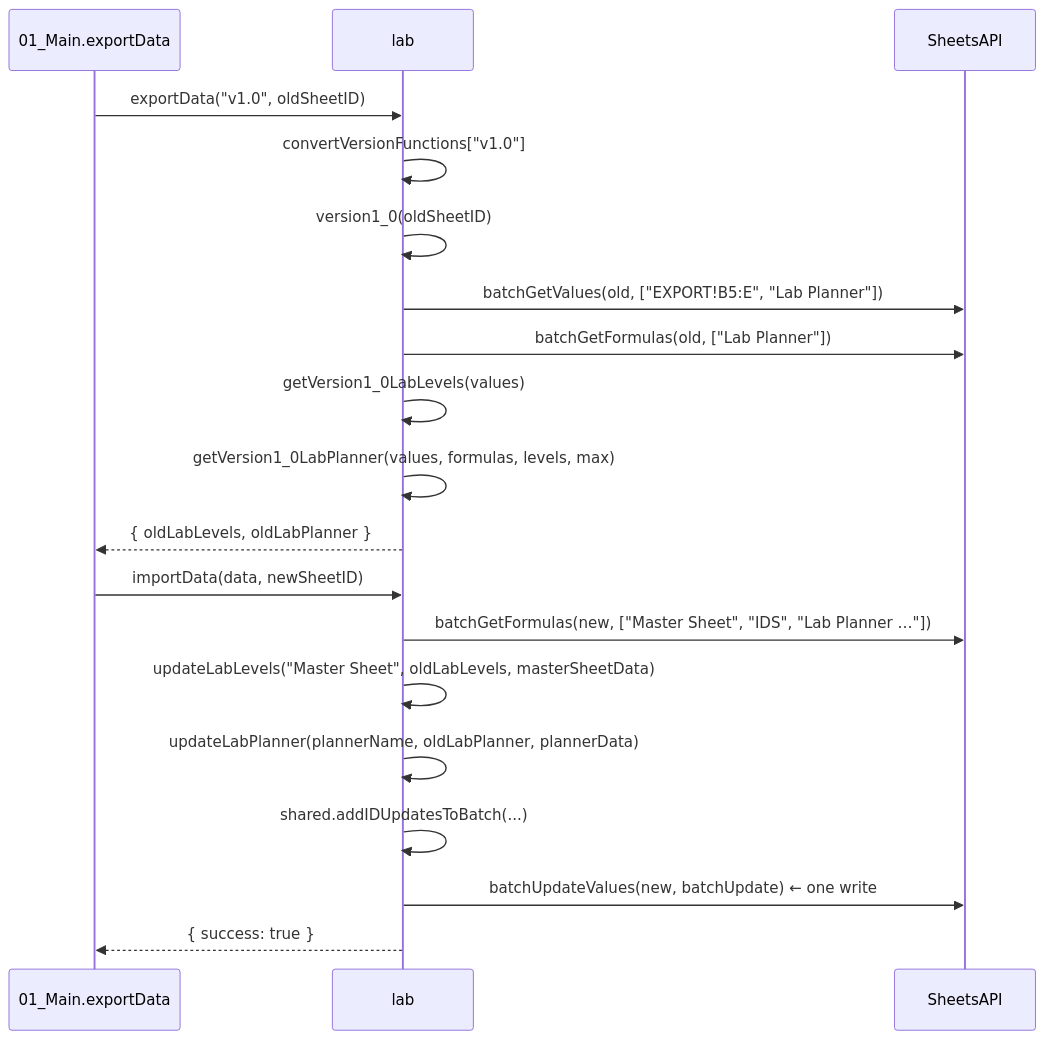
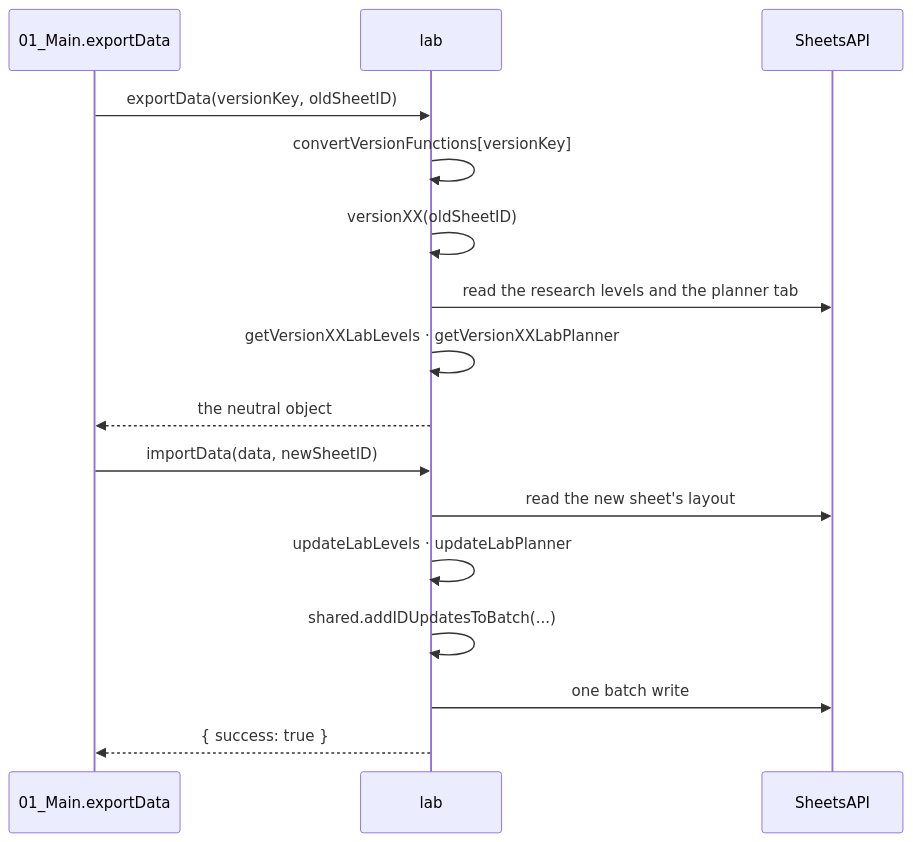
One commit to Bisse123/The-Tower-App-Script changed the second of 3 diagrams in documentation/05-sheet-modules.md. Above: the diagram before and after it, drawn with Mermaid. The commit also changed other lines of this file and 12 other files, not shown here.

First line of the commit message:
Document deployment flow and report add-on version

````diff
--- a/documentation/05-sheet-modules.md
+++ b/documentation/05-sheet-modules.md
@@ -58,23 +60,20 @@
 ```mermaid
 sequenceDiagram
     participant Main as 01_Main.exportData
     participant Lab as lab
     participant API as SheetsAPI
 
-    Main->>Lab: exportData("v1.0", oldSheetID)
-    Lab->>Lab: convertVersionFunctions["v1.0"]
-    Lab->>Lab: version1_0(oldSheetID)
-    Lab->>API: batchGetValues(old, ["EXPORT!B5:E", "Lab Planner"])
-    Lab->>API: batchGetFormulas(old, ["Lab Planner"])
-    Lab->>Lab: getVersion1_0LabLevels(values)
-    Lab->>Lab: getVersion1_0LabPlanner(values, formulas, levels, max)
-    Lab-->>Main: { oldLabLevels, oldLabPlanner }
+    Main->>Lab: exportData(versionKey, oldSheetID)
+    Lab->>Lab: convertVersionFunctions[versionKey]
+    Lab->>Lab: versionXX(oldSheetID)
+    Lab->>API: read the research levels and the planner tab
+    Lab->>Lab: getVersionXXLabLevels · getVersionXXLabPlanner
+    Lab-->>Main: the neutral object
 
     Main->>Lab: importData(data, newSheetID)
-    Lab->>API: batchGetFormulas(new, ["Master Sheet", "IDS", "Lab Planner …"])
-    Lab->>Lab: updateLabLevels("Master Sheet", oldLabLevels, masterSheetData)
-    Lab->>Lab: updateLabPlanner(plannerName, oldLabPlanner, plannerData)
+    Lab->>API: read the new sheet's layout
+    Lab->>Lab: updateLabLevels · updateLabPlanner
     Lab->>Lab: shared.addIDUpdatesToBatch(...)
-    Lab->>API: batchUpdateValues(new, batchUpdate)   ← one write
+    Lab->>API: one batch write
     Lab-->>Main: { success: true }
 ```
````
